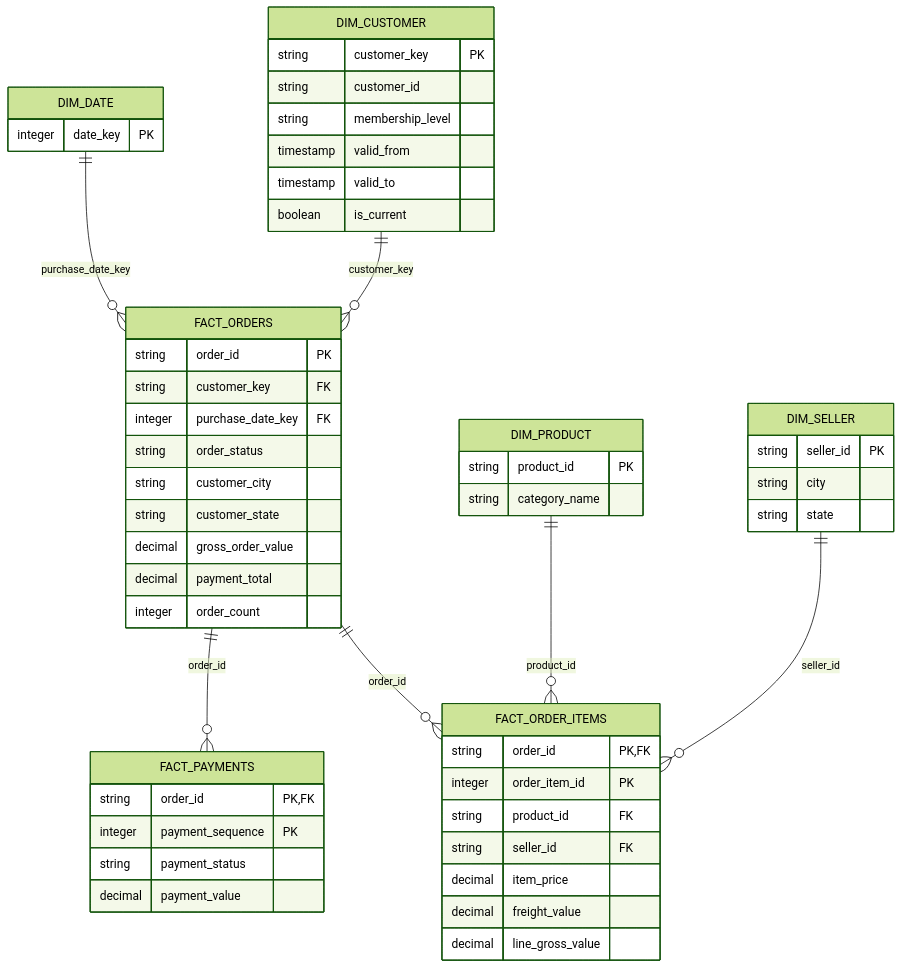
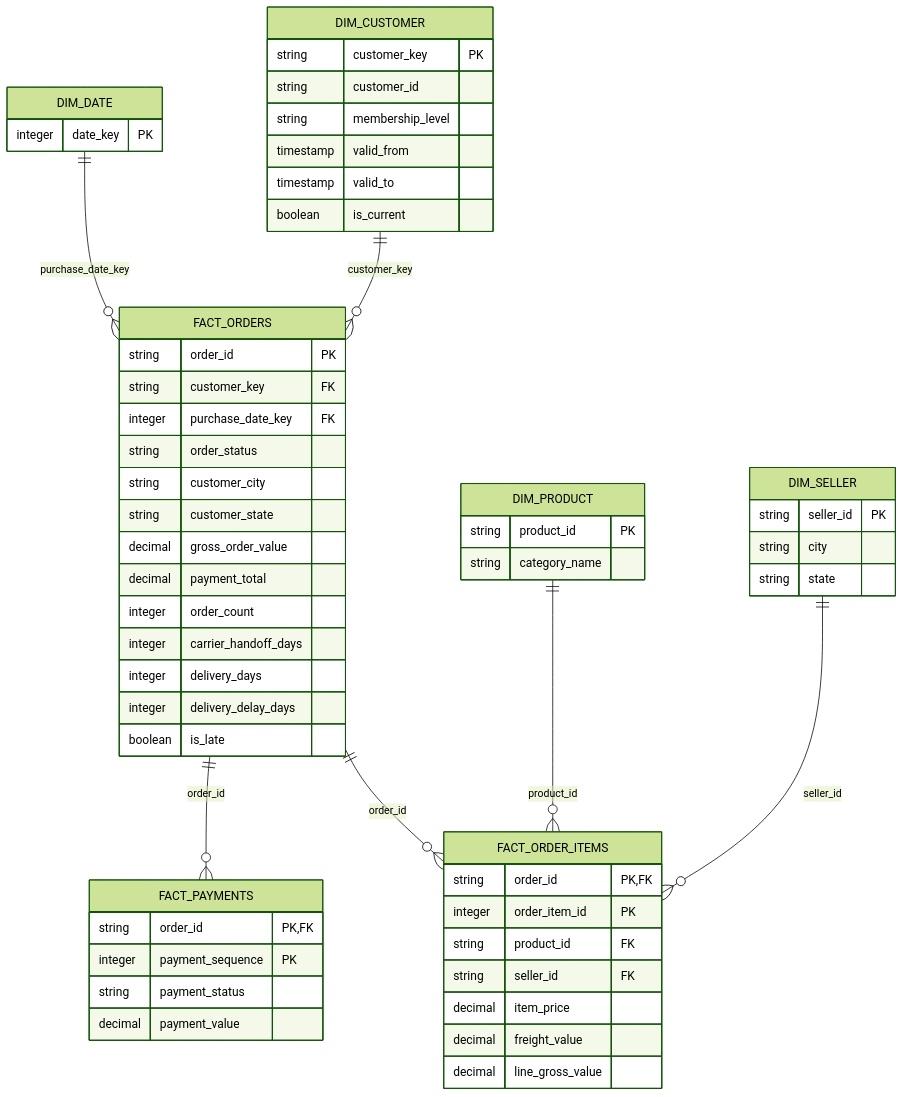
One commit to khangte/commerce-data-platform changed the diagram in docs/architecture/data-transformation-flow.md. Above: the diagram before and after it, drawn with Mermaid (forest theme). The commit also changed other lines of this file and 15 other files, not shown here.

````diff
--- a/docs/architecture/data-transformation-flow.md
+++ b/docs/architecture/data-transformation-flow.md
@@ -403,62 +403,66 @@
 ```mermaid
 erDiagram
     DIM_CUSTOMER ||--o{ FACT_ORDERS : customer_key
     DIM_DATE ||--o{ FACT_ORDERS : purchase_date_key
     FACT_ORDERS ||--o{ FACT_ORDER_ITEMS : order_id
     FACT_ORDERS ||--o{ FACT_PAYMENTS : order_id
     DIM_PRODUCT ||--o{ FACT_ORDER_ITEMS : product_id
     DIM_SELLER ||--o{ FACT_ORDER_ITEMS : seller_id
 
     DIM_CUSTOMER {
         string customer_key PK
         string customer_id
         string membership_level
         timestamp valid_from
         timestamp valid_to
         boolean is_current
     }
 
     DIM_PRODUCT {
         string product_id PK
         string category_name
     }
 
     DIM_SELLER {
         string seller_id PK
         string city
         string state
     }
 
     DIM_DATE {
         integer date_key PK
     }
 
     FACT_ORDERS {
         string order_id PK
         string customer_key FK
         integer purchase_date_key FK
         string order_status
         string customer_city
         string customer_state
         decimal gross_order_value
         decimal payment_total
         integer order_count
+        integer carrier_handoff_days
+        integer delivery_days
+        integer delivery_delay_days
+        boolean is_late
     }
 
     FACT_ORDER_ITEMS {
         string order_id PK, FK
         integer order_item_id PK
         string product_id FK
         string seller_id FK
         decimal item_price
         decimal freight_value
         decimal line_gross_value
     }
 
     FACT_PAYMENTS {
         string order_id PK, FK
         integer payment_sequence PK
         string payment_status
         decimal payment_value
     }
 ```
````
